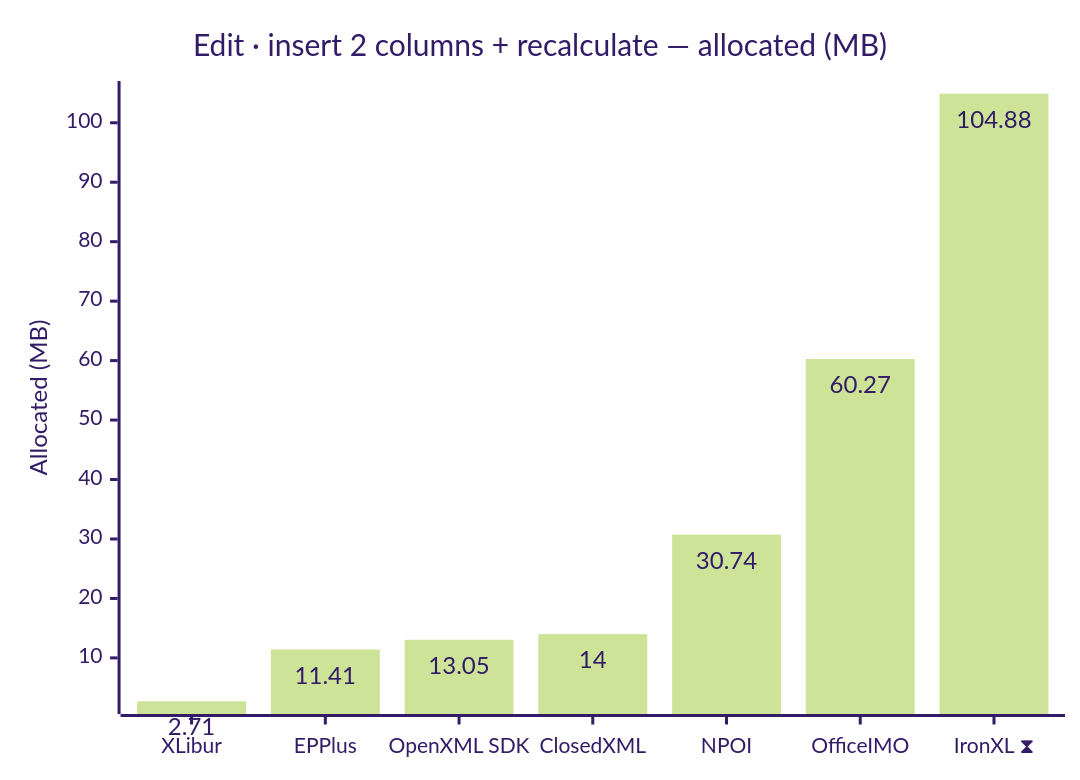
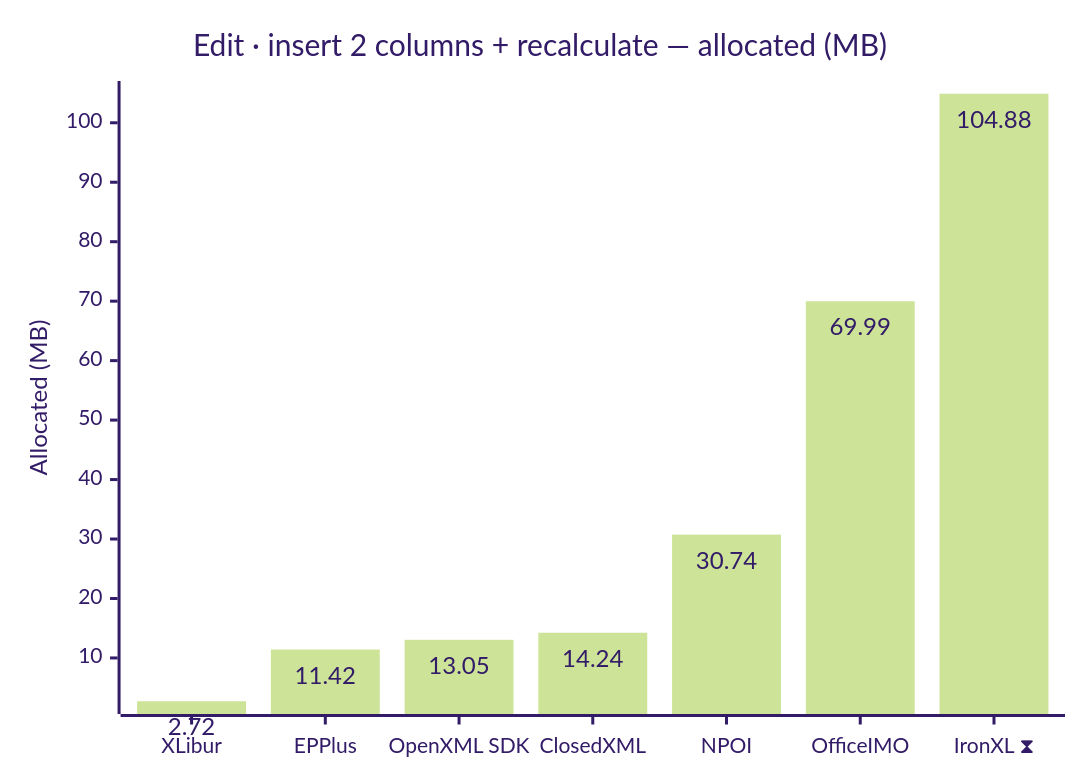
Diagram 12 of 12 in docs/results-ci.md (jafin/XLBench), drawn with Mermaid (forest theme) before and after one commit. The commit also changed other lines of this file, not shown here.

````diff
--- a/docs/results-ci.md
+++ b/docs/results-ci.md
@@ -186,12 +186,12 @@
 ```mermaid
 ---
 config:
   xyChart:
     showDataLabel: true
 ---
 xychart-beta
     title "Edit · insert 2 columns + recalculate — allocated (MB)"
     x-axis ["XLibur", "EPPlus", "OpenXML SDK", "ClosedXML", "NPOI", "OfficeIMO", "IronXL ⧗"]
     y-axis "Allocated (MB)"
-    bar [2.71, 11.41, 13.05, 14, 30.74, 60.27, 104.88]
+    bar [2.72, 11.42, 13.05, 14.24, 30.74, 69.99, 104.88]
 ```
````
